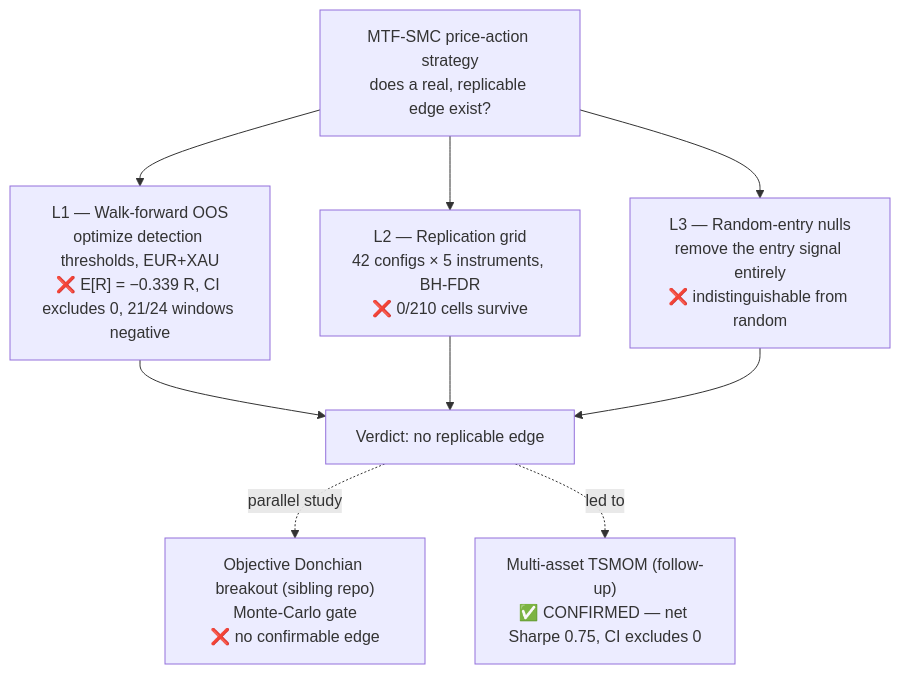
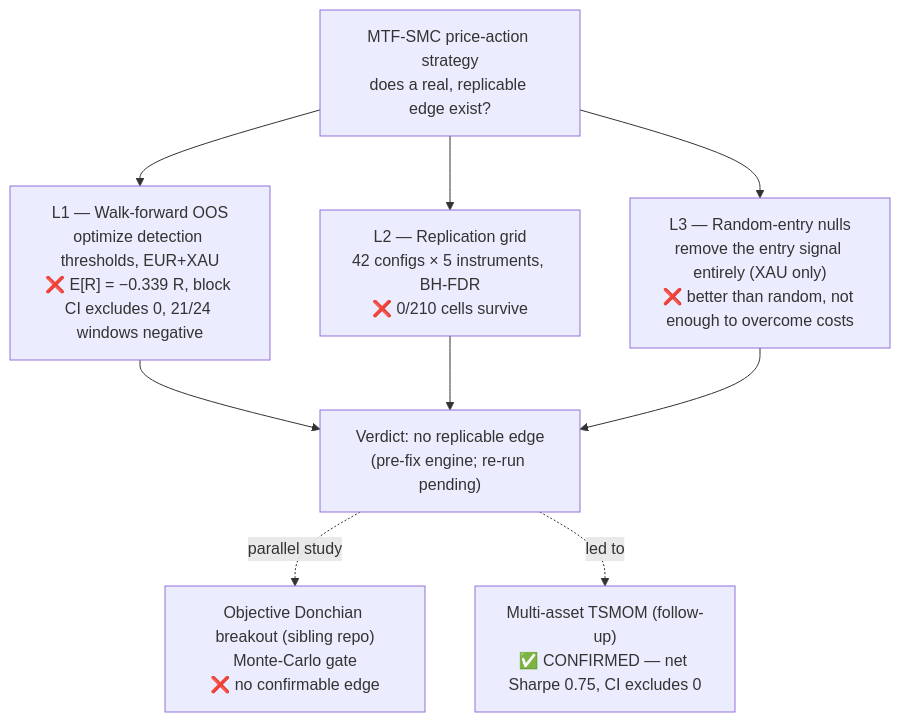
One commit to AaroNLaU0307/quant-backtest-framework changed the diagram in README.md. Above: the diagram before and after it, drawn with Mermaid. The commit also changed other lines of this file and 10 other files, not shown here.

````diff
--- a/README.md
+++ b/README.md
@@ -35,15 +50,15 @@
 ```mermaid
 flowchart TD
     Q["MTF-SMC price-action strategy<br/>does a real, replicable edge exist?"]
 
-    Q --> L1["L1 — Walk-forward OOS<br/>optimize detection thresholds, EUR+XAU<br/>❌ E[R] = −0.339 R, CI excludes 0, 21/24 windows negative"]
+    Q --> L1["L1 — Walk-forward OOS<br/>optimize detection thresholds, EUR+XAU<br/>❌ E[R] = −0.339 R, block CI excludes 0, 21/24 windows negative"]
     Q --> L2["L2 — Replication grid<br/>42 configs × 5 instruments, BH-FDR<br/>❌ 0/210 cells survive"]
-    Q --> L3["L3 — Random-entry nulls<br/>remove the entry signal entirely<br/>❌ indistinguishable from random"]
+    Q --> L3["L3 — Random-entry nulls<br/>remove the entry signal entirely (XAU only)<br/>❌ better than random, not enough to overcome costs"]
 
-    L1 --> V["Verdict: no replicable edge"]
+    L1 --> V["Verdict: no replicable edge<br/>(pre-fix engine; re-run pending)"]
     L2 --> V
     L3 --> V
 
     V -. parallel study .-> SIB["Objective Donchian breakout (sibling repo)<br/>Monte-Carlo gate<br/>❌ no confirmable edge"]
     V -. led to .-> FU["Multi-asset TSMOM (follow-up)<br/>✅ CONFIRMED — net Sharpe 0.75, CI excludes 0"]
 ```
````
